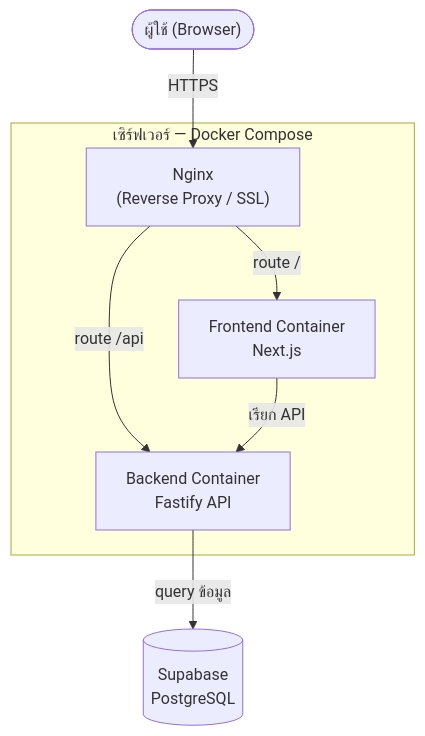
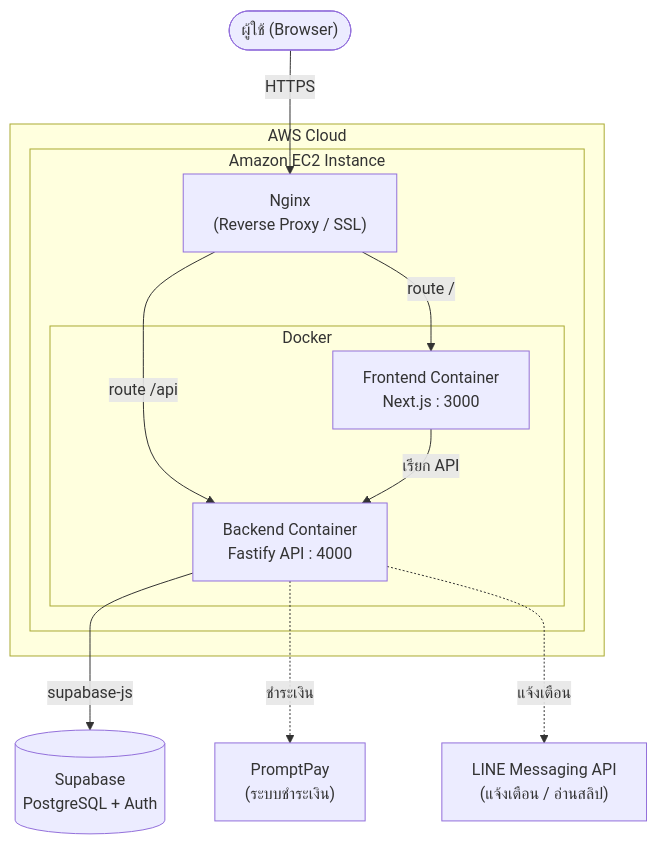
The tenth of 10 diagrams in README.md (flukerzanmk5547/Project-204), drawn with Mermaid before and after one commit. The commit also changed other lines of this file and 12 other files, not shown here.

First line of the commit message:
fix(db): allow superadmin role + docs: sync diagrams to new RBAC, add toast

````diff
--- a/README.md
+++ b/README.md
@@ -905,16 +998,26 @@
 ```mermaid
 flowchart TB
     User(["ผู้ใช้ (Browser)"])
-    subgraph SERVER["เซิร์ฟเวอร์ — Docker Compose"]
-        Nginx["Nginx<br/>(Reverse Proxy / SSL)"]
-        FE["Frontend Container<br/>Next.js"]
-        BE["Backend Container<br/>Fastify API"]
+
+    subgraph AWS["AWS Cloud"]
+        subgraph EC2["Amazon EC2 Instance"]
+            Nginx["Nginx<br/>(Reverse Proxy / SSL)"]
+            subgraph DOCKER["Docker"]
+                FE["Frontend Container<br/>Next.js : 3000"]
+                BE["Backend Container<br/>Fastify API : 4000"]
+            end
+        end
     end
-    DB[("Supabase<br/>PostgreSQL")]
+
+    SB[("Supabase<br/>PostgreSQL + Auth")]
+    PP["PromptPay<br/>(ระบบชำระเงิน)"]
+    LINE["LINE Messaging API<br/>(แจ้งเตือน / อ่านสลิป)"]
 
     User -->|HTTPS| Nginx
     Nginx -->|route /| FE
     Nginx -->|route /api| BE
     FE -->|เรียก API| BE
-    BE -->|query ข้อมูล| DB
+    BE -->|supabase-js| SB
+    BE -.ชำระเงิน.-> PP
+    BE -.แจ้งเตือน.-> LINE
 ```
````
